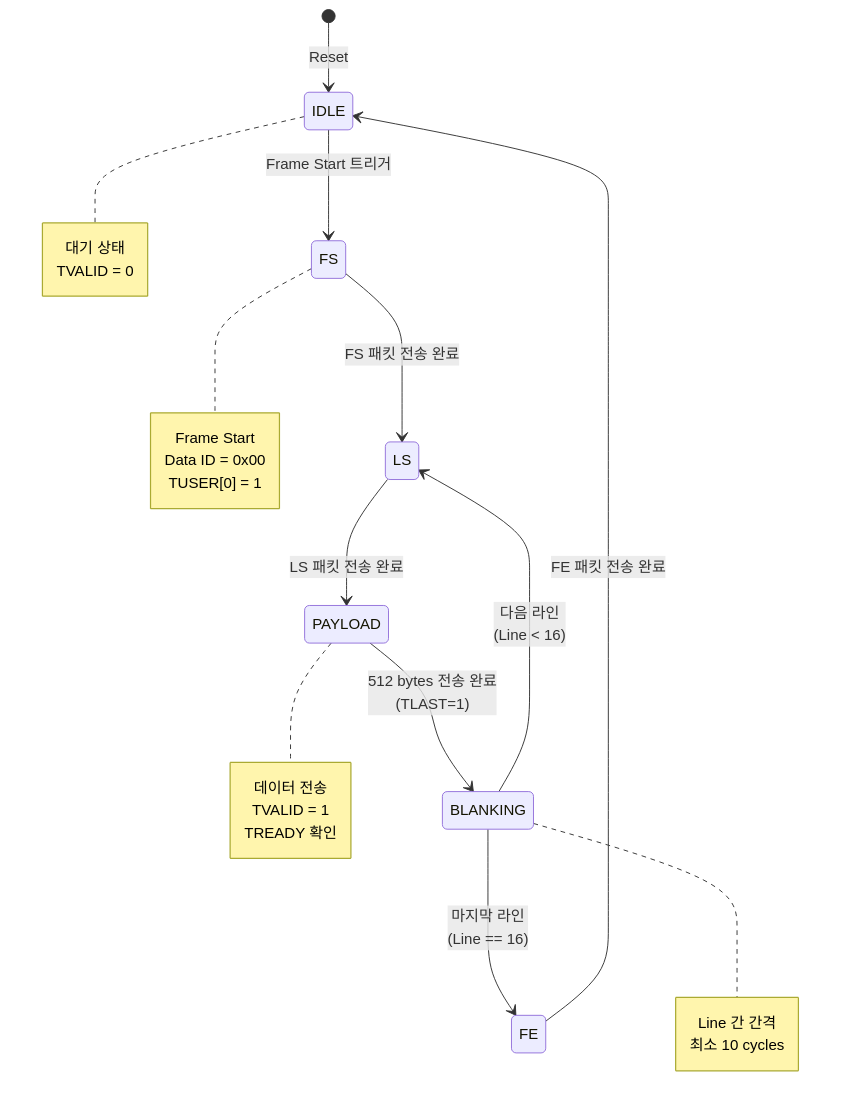
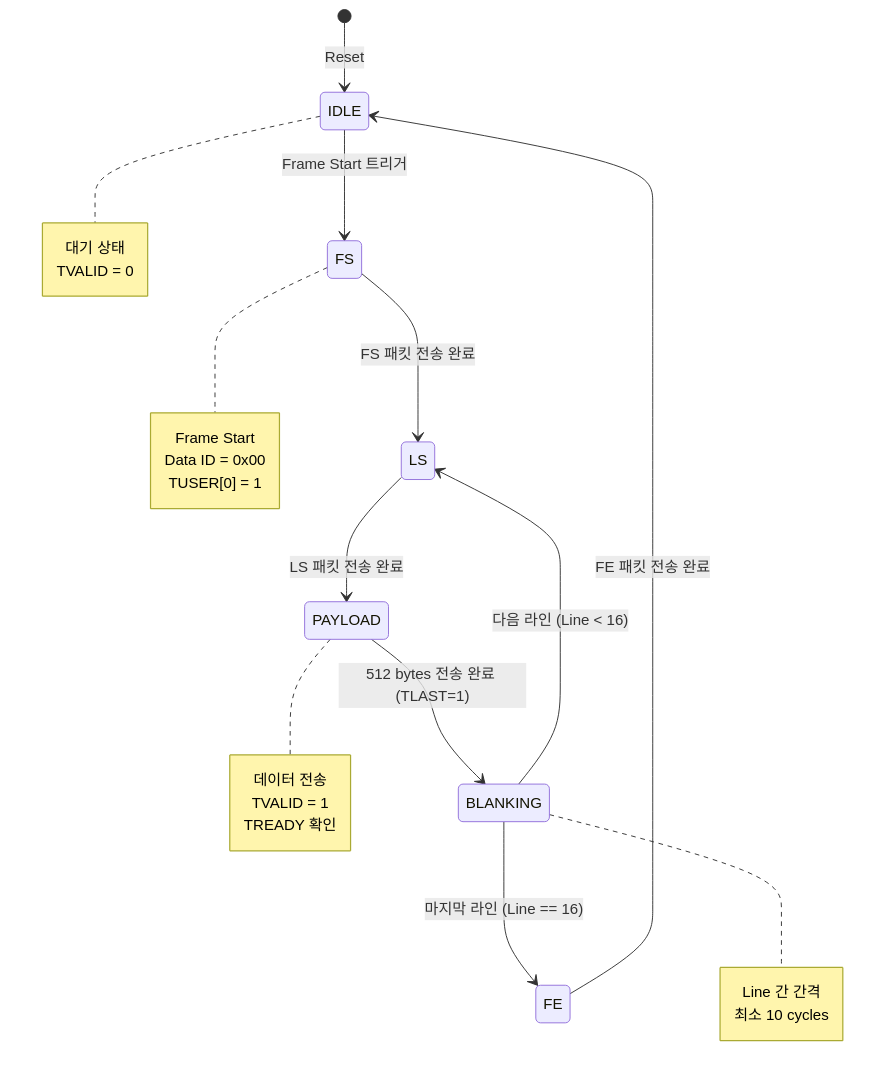
The fourth of 10 diagrams in agent-guide/system-flow-diagram.md (hnabyz-bot/fpga-imx8mp), drawn with Mermaid before and after one commit. The commit also changed other lines of this file, not shown here.

Commit message:
Fix all HTML br tags in system-flow-diagram.md for GitHub Mermaid compatibility

````diff
--- a/agent-guide/system-flow-diagram.md
+++ b/agent-guide/system-flow-diagram.md
@@ -101,33 +101,33 @@
 ```mermaid
 stateDiagram-v2
     [*] --> IDLE: Reset
     IDLE --> FS: Frame Start 트리거
     FS --> LS: FS 패킷 전송 완료
     LS --> PAYLOAD: LS 패킷 전송 완료
-    PAYLOAD --> BLANKING: 512 bytes 전송 완료<br/>(TLAST=1)
-    BLANKING --> LS: 다음 라인<br/>(Line < 16)
-    BLANKING --> FE: 마지막 라인<br/>(Line == 16)
+    PAYLOAD --> BLANKING: 512 bytes 전송 완료 (TLAST=1)
+    BLANKING --> LS: 다음 라인 (Line < 16)
+    BLANKING --> FE: 마지막 라인 (Line == 16)
     FE --> IDLE: FE 패킷 전송 완료
     
     note right of IDLE
         대기 상태
         TVALID = 0
     end note
     
     note right of FS
         Frame Start
         Data ID = 0x00
         TUSER[0] = 1
     end note
     
     note right of PAYLOAD
         데이터 전송
         TVALID = 1
         TREADY 확인
     end note
     
     note right of BLANKING
         Line 간 간격
         최소 10 cycles
     end note
 ```
````
